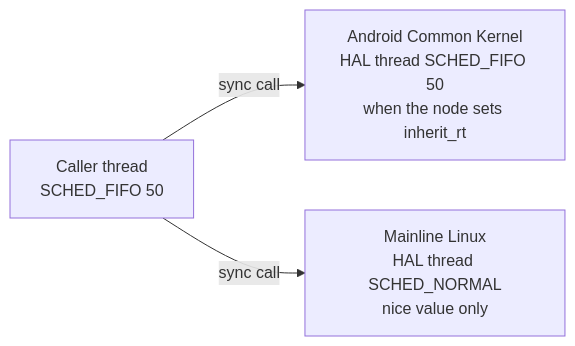
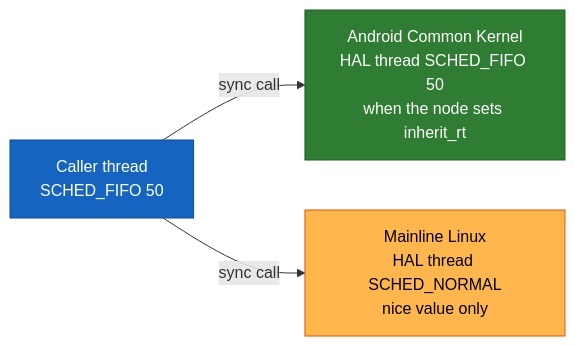
The fifth of 6 diagrams in docs/introduction/binder_call_path.md (rdkcentral/rdk-halif-aidl), drawn with Mermaid before and after one commit. The commit also changed other lines of this file, not shown here.

First line of the commit message:
Update #956: Colour the binder call path diagrams

````diff
--- a/docs/introduction/binder_call_path.md
+++ b/docs/introduction/binder_call_path.md
@@ -121,5 +151,11 @@
 ```mermaid
 flowchart LR
     C["Caller thread<br/>SCHED_FIFO 50"] -- sync call --> ACK["Android Common Kernel<br/>HAL thread SCHED_FIFO 50<br/>when the node sets inherit_rt"]
     C -- sync call --> ML["Mainline Linux<br/>HAL thread SCHED_NORMAL<br/>nice value only"]
+    classDef client fill:#1565C0,stroke:#0D47A1,color:#FFFFFF
+    classDef boosted fill:#2E7D32,stroke:#1B5E20,color:#FFFFFF
+    classDef normal fill:#FFB74D,stroke:#E65100,color:#000000
+    class C client
+    class ACK boosted
+    class ML normal
 ```
````
